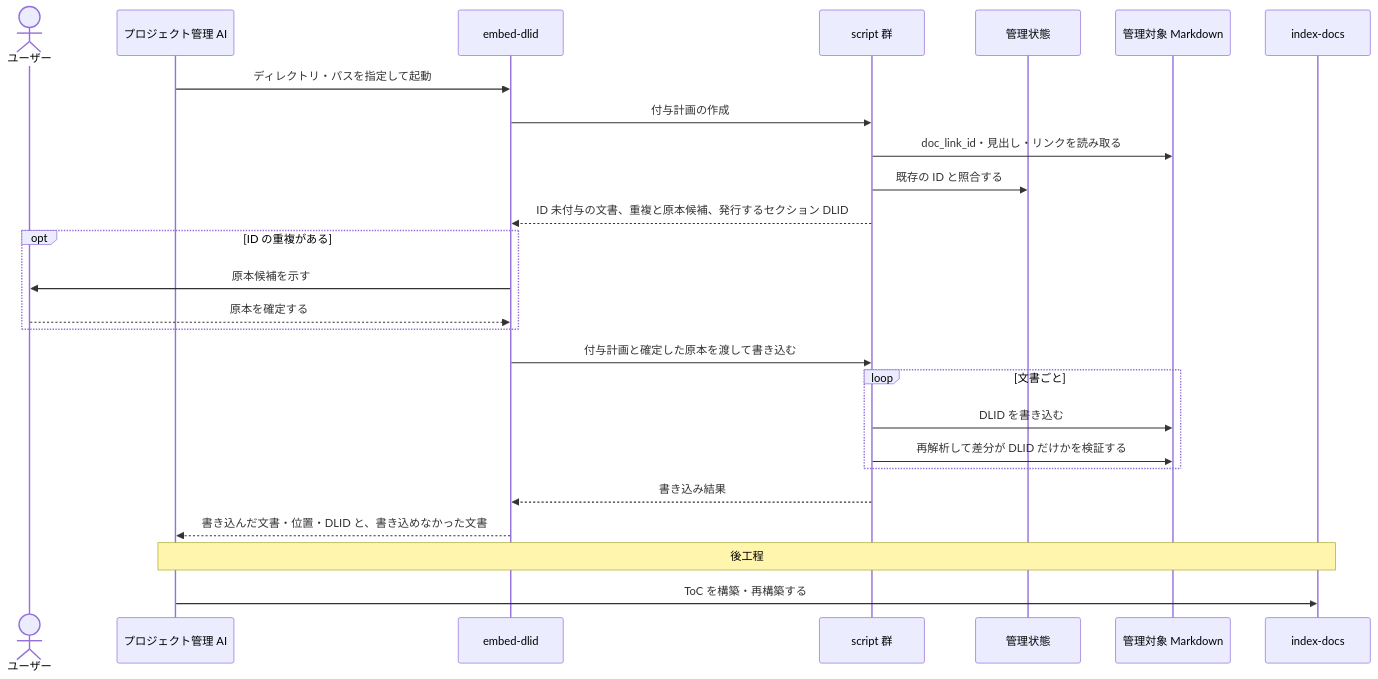
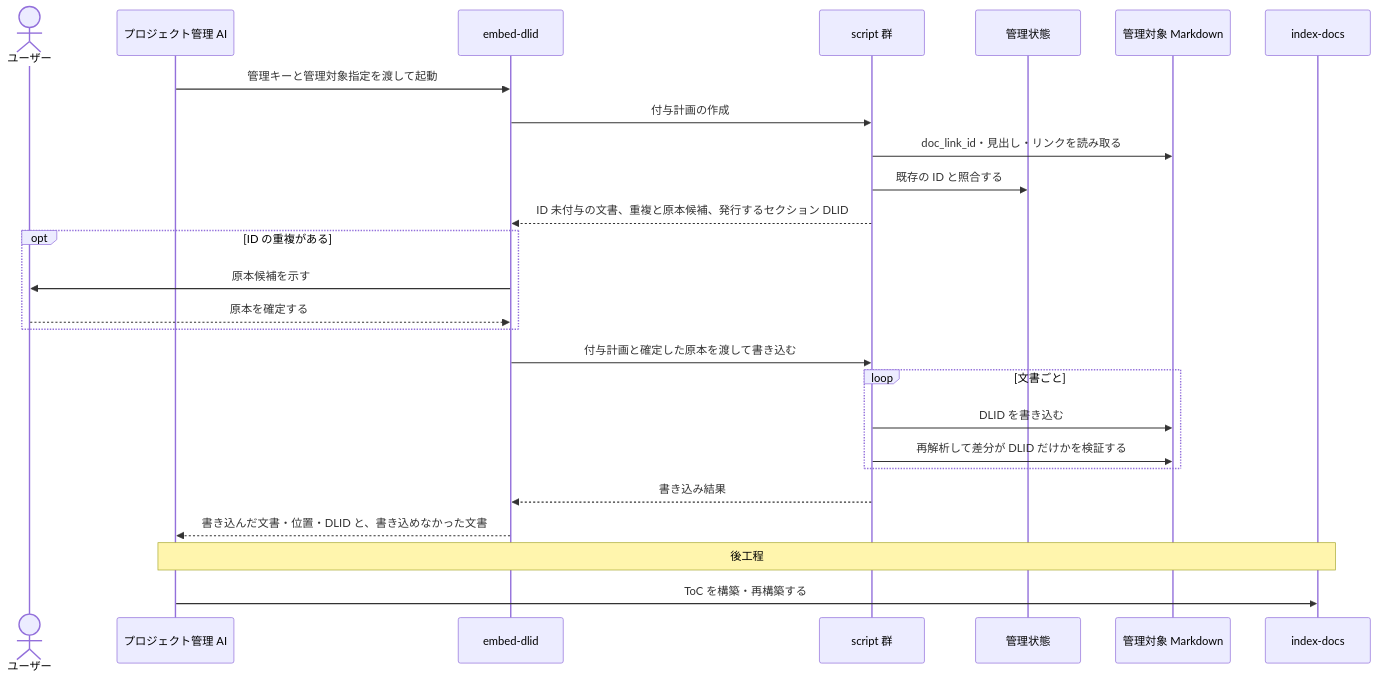
The second of 8 diagrams in docs/specs/design/DES-010-skill-composition.md (BlueEventHorizon/doc-link), drawn with Mermaid before and after one commit. The commit also changed other lines of this file and 8 other files, not shown here.

````diff
--- a/docs/specs/design/DES-010-skill-composition.md
+++ b/docs/specs/design/DES-010-skill-composition.md
@@ -125,29 +126,29 @@
 ```mermaid
 sequenceDiagram
     actor User as ユーザー
     participant PM as プロジェクト管理 AI
     participant Skill as embed-dlid
     participant Scripts as script 群
     participant State as 管理状態
     participant Docs as 管理対象 Markdown
     participant Index as index-docs
 
-    PM->>Skill: ディレクトリ・パスを指定して起動
+    PM->>Skill: 管理キーと管理対象指定を渡して起動
     Skill->>Scripts: 付与計画の作成
     Scripts->>Docs: doc_link_id・見出し・リンクを読み取る
     Scripts->>State: 既存の ID と照合する
     Scripts-->>Skill: ID 未付与の文書、重複と原本候補、発行するセクション DLID
     opt ID の重複がある
         Skill->>User: 原本候補を示す
         User-->>Skill: 原本を確定する
     end
     Skill->>Scripts: 付与計画と確定した原本を渡して書き込む
     loop 文書ごと
         Scripts->>Docs: DLID を書き込む
         Scripts->>Docs: 再解析して差分が DLID だけかを検証する
     end
     Scripts-->>Skill: 書き込み結果
     Skill-->>PM: 書き込んだ文書・位置・DLID と、書き込めなかった文書
     Note over PM,Index: 後工程
     PM->>Index: ToC を構築・再構築する
 ```
````
